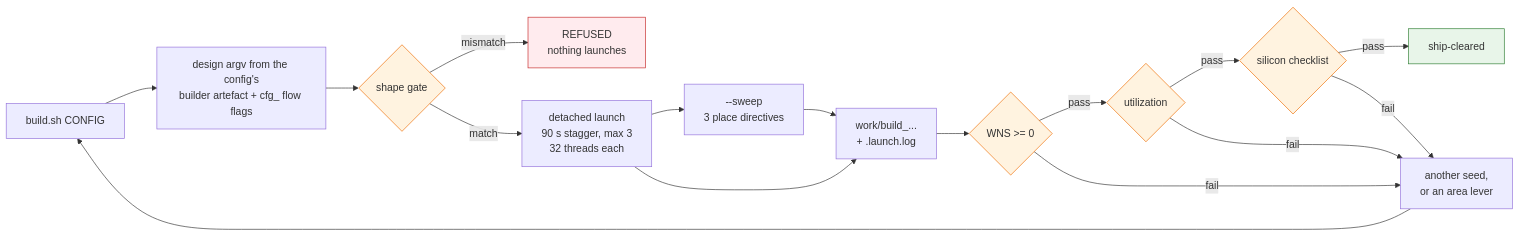
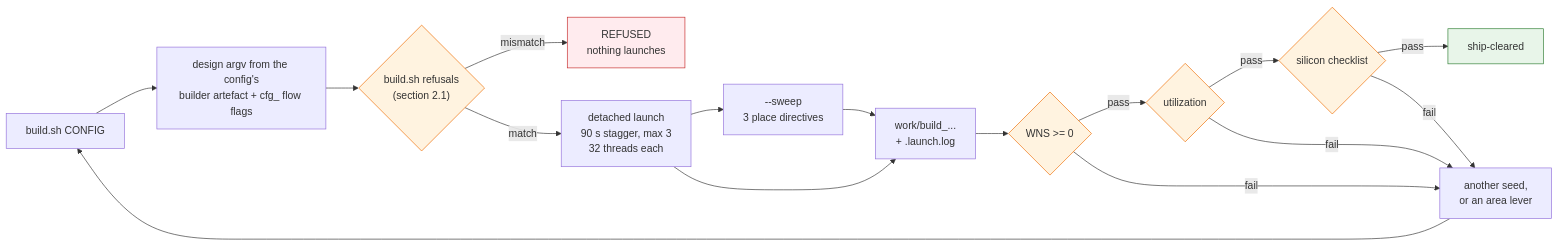
Before and after one commit to kebag-logic/milan-fpga: the diagram in docs/integration/BUILDING.md, drawn with Mermaid. The commit also changed other lines of this file and 4 other files, not shown here.

````diff
--- a/docs/integration/BUILDING.md
+++ b/docs/integration/BUILDING.md
@@ -40,25 +40,25 @@
 ```mermaid
 flowchart LR
     CMD["build.sh CONFIG"] --> CFG["design argv from the config's<br/>builder artefact + cfg_ flow flags"]
-    CFG --> GATE{"shape gate"}
+    CFG --> GATE{"build.sh refusals<br/>(section 2.1)"}
     GATE -->|"mismatch"| STOP["REFUSED<br/>nothing launches"]
     GATE -->|"match"| LAUNCH["detached launch<br/>90 s stagger, max 3<br/>32 threads each"]
     LAUNCH --> SWEEP["--sweep<br/>3 place directives"]
     LAUNCH --> OUT["work/build_...<br/>+ .launch.log"]
     SWEEP --> OUT
     OUT --> G1{"WNS &gt;= 0"}
     G1 -->|"pass"| G2{"utilization"}
     G1 -->|"fail"| RETRY["another seed,<br/>or an area lever"]
     G2 -->|"pass"| G3{"silicon checklist"}
     G2 -->|"fail"| RETRY
     G3 -->|"pass"| SHIP["ship-cleared"]
     G3 -->|"fail"| RETRY
     RETRY --> CMD
 
     classDef gate fill:#FFF3E0,stroke:#EF6C00
     classDef stop fill:#FFEBEE,stroke:#C62828
     classDef ok fill:#E8F5E9,stroke:#2E7D32
     class GATE,G1,G2,G3 gate
     class STOP stop
     class SHIP ok
 ```
````
